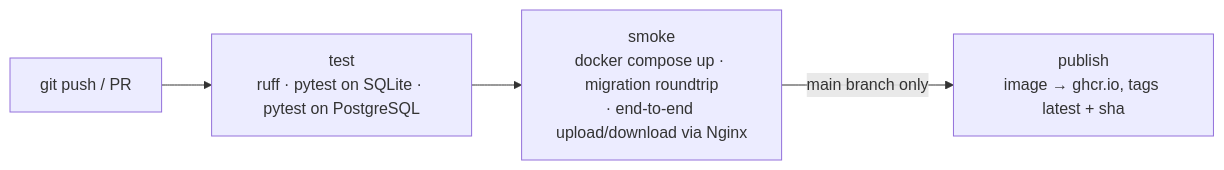
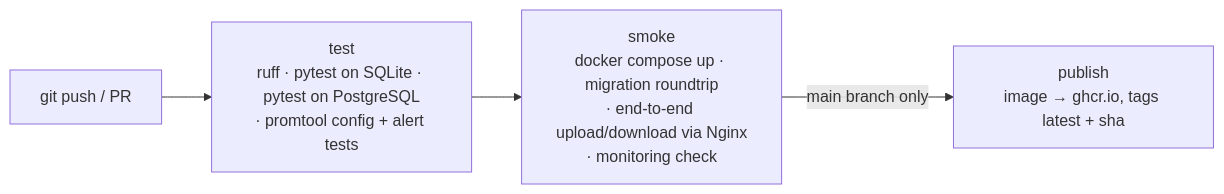
Before and after one commit to aabdridho/personal-cloud-storage: the second of 2 diagrams in README.md, drawn with Mermaid. The commit also changed other lines of this file and 26 other files, not shown here.

````diff
--- a/README.md
+++ b/README.md
@@ -104,6 +111,6 @@
 ```mermaid
 flowchart LR
-    push[git push / PR] --> test["test<br/>ruff · pytest on SQLite · pytest on PostgreSQL"]
-    test --> smoke["smoke<br/>docker compose up · migration roundtrip<br/>· end-to-end upload/download via Nginx"]
+    push[git push / PR] --> test["test<br/>ruff · pytest on SQLite · pytest on PostgreSQL<br/>· promtool config + alert tests"]
+    test --> smoke["smoke<br/>docker compose up · migration roundtrip<br/>· end-to-end upload/download via Nginx<br/>· monitoring check"]
     smoke -->|main branch only| publish["publish<br/>image → ghcr.io, tags latest + sha"]
 ```
````
